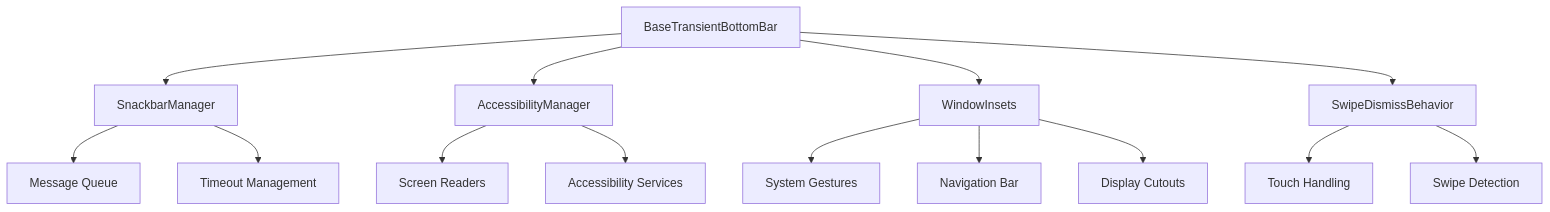
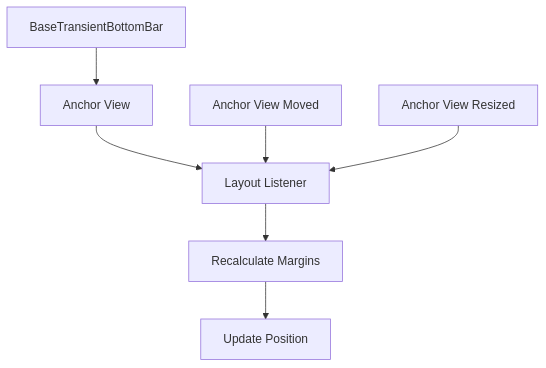
The fifth of 7 diagrams in docs/material-components--material-components-android-docs/base-transient-bottom-bar.md (FSoft-AI4Code/codewiki-demo), drawn with Mermaid before and after one commit. The commit also changed other lines of this file and 1103 other files, not shown here.

````diff
--- a/docs/material-components--material-components-android-docs/base-transient-bottom-bar.md
+++ b/docs/material-components--material-components-android-docs/base-transient-bottom-bar.md
@@ -92,20 +152,10 @@
 ```mermaid
 graph TD
-    A[BaseTransientBottomBar] --> B[SnackbarManager]
-    A --> C[AccessibilityManager]
-    A --> D[WindowInsets]
-    A --> E[SwipeDismissBehavior]
+    A[BaseTransientBottomBar] --> B[Anchor View]
+    B --> C[Layout Listener]
+    C --> D[Recalculate Margins]
+    D --> E[Update Position]
     
-    B --> F[Message Queue]
-    B --> G[Timeout Management]
-    
-    C --> H[Screen Readers]
-    C --> I[Accessibility Services]
-    
-    D --> J[System Gestures]
-    D --> K[Navigation Bar]
-    D --> L[Display Cutouts]
-    
-    E --> M[Touch Handling]
-    E --> N[Swipe Detection]
+    F[Anchor View Moved] --> C
+    G[Anchor View Resized] --> C
 ```
````
